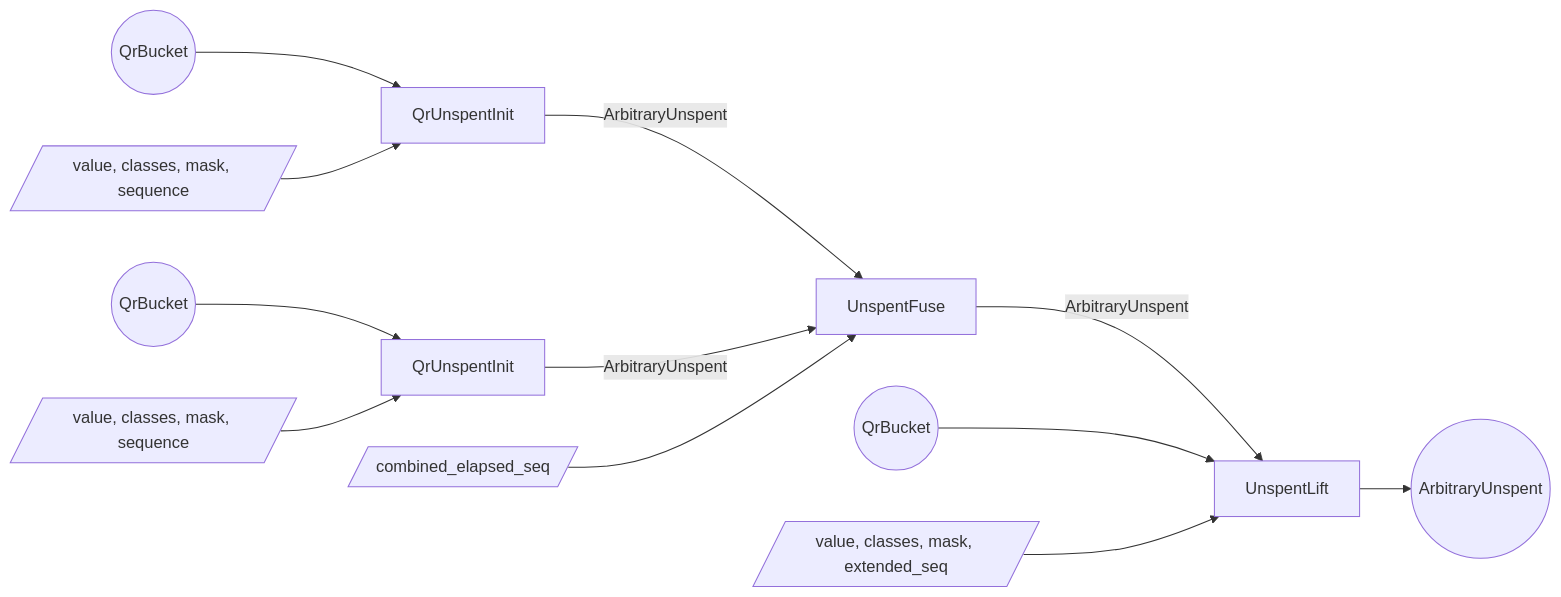
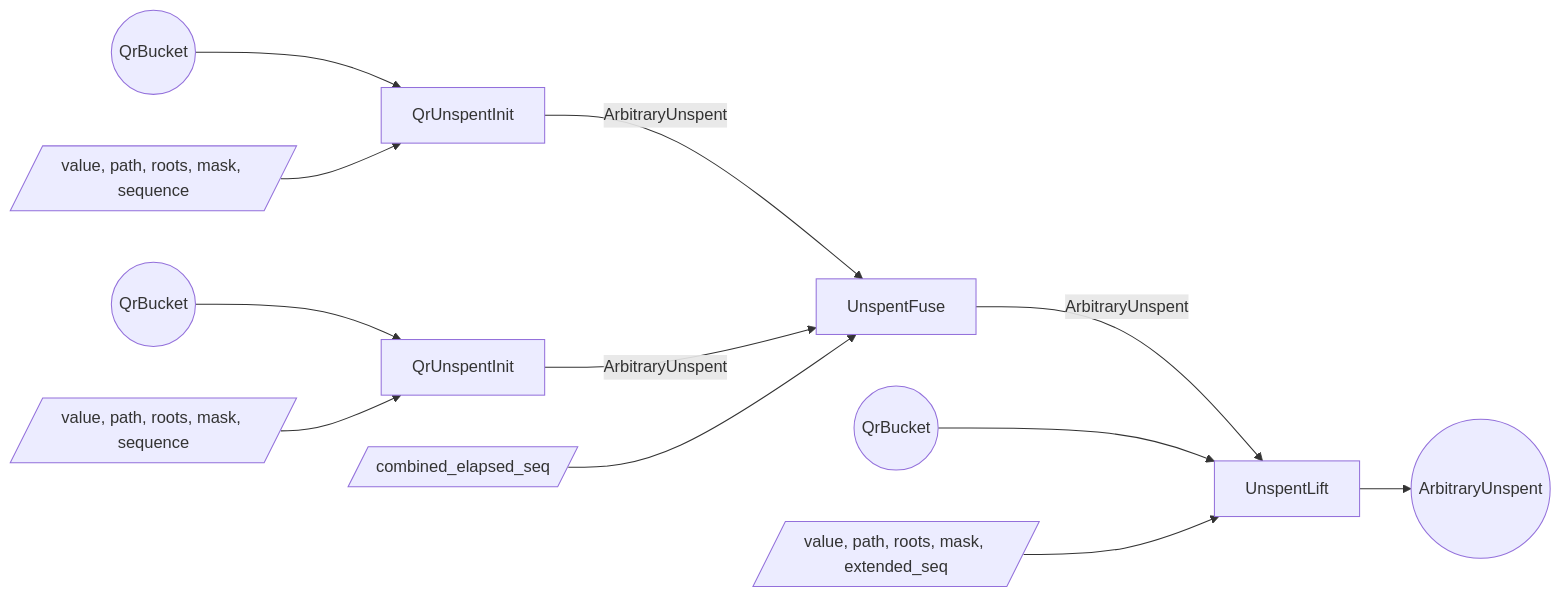
One commit to tachyon-zcash/tachyon changed the third of 3 diagrams in book/src/proof-tree.md. Above: the diagram before and after it, drawn with Mermaid. The commit also changed other lines of this file and 4 other files, not shown here.

````diff
--- a/book/src/proof-tree.md
+++ b/book/src/proof-tree.md
@@ -614,27 +617,27 @@
 ```mermaid
 flowchart LR
   bucket_e((QrBucket))
-  w_init[/value, classes, mask, sequence/]
+  w_init[/value, path, roots, mask, sequence/]
   s_init[QrUnspentInit]
   bucket_next((QrBucket))
-  w_next[/value, classes, mask, sequence/]
+  w_next[/value, path, roots, mask, sequence/]
   s_next[QrUnspentInit]
   w_ufuse[/combined_elapsed_seq/]
   s_ufuse[UnspentFuse]
   bucket_after((QrBucket))
-  w_ulift[/value, classes, mask, extended_seq/]
+  w_ulift[/value, path, roots, mask, extended_seq/]
   s_ulift[UnspentLift]
   unspent_out((ArbitraryUnspent))
 
   bucket_e --> s_init
   w_init --> s_init
   bucket_next --> s_next
   w_next --> s_next
   s_init -->|ArbitraryUnspent| s_ufuse
   s_next -->|ArbitraryUnspent| s_ufuse
   w_ufuse --> s_ufuse
   s_ufuse -->|ArbitraryUnspent| s_ulift
   bucket_after --> s_ulift
   w_ulift --> s_ulift
   s_ulift --> unspent_out
 ```
````
